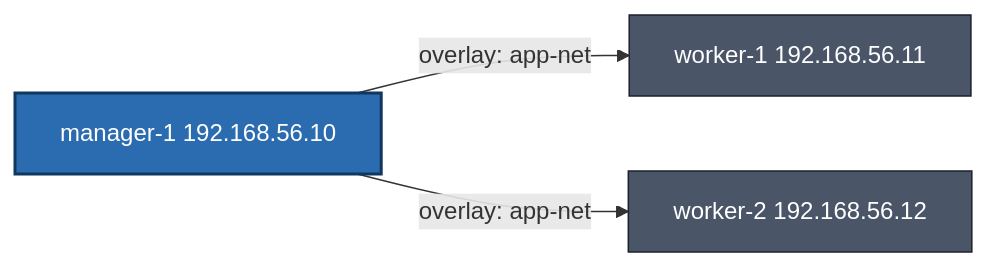
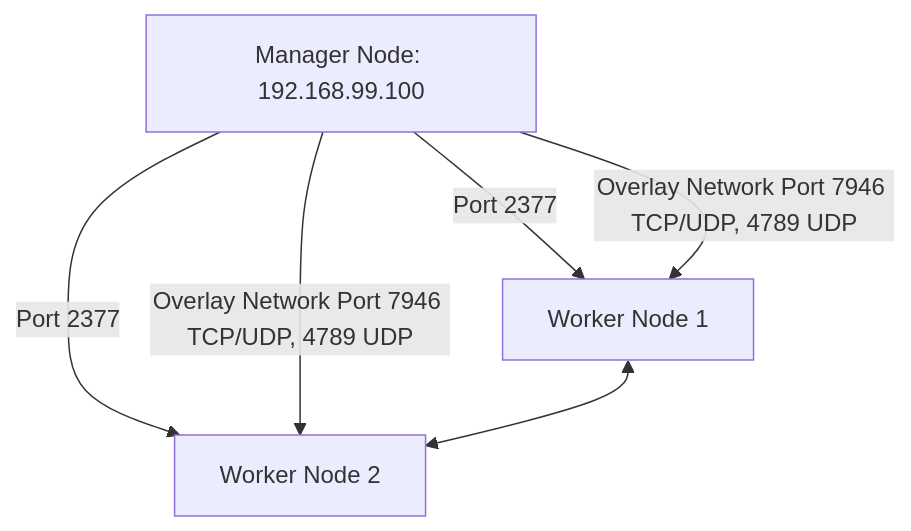
One commit to sajadtaj/Docker-Swarm-Vagrant changed the third of 11 diagrams in README.md. Above: the diagram before and after it, drawn with Mermaid. The commit also changed other lines of this file and 2 other files, not shown here.

````diff
--- a/README.md
+++ b/README.md
@@ -16,8 +391,13 @@
 ```mermaid
-graph LR
-  A[manager-1 192.168.56.10]:::mgr -->|overlay: app-net| B[worker-1 192.168.56.11]:::wrk
-  A -->|overlay: app-net| C[worker-2 192.168.56.12]:::wrk
-
-classDef mgr fill:#2b6cb0,color:#fff,stroke:#11365f,stroke-width:2px;
-classDef wrk fill:#4a5568,color:#fff,stroke:#1a202c,stroke-width:1px;
+graph TD
+    A[Manager Node: 192.168.99.100] -->|Port 2377| B[Worker Node 1]
+    A -->|Port 2377| C[Worker Node 2]
+    A -->|Overlay Network Port 7946 TCP/UDP, 4789 UDP| B
+    A -->|Overlay Network Port 7946 TCP/UDP, 4789 UDP| C
+    B <--> C
+    %% classDef manager fill=#4DB6AC,stroke=#00695C,color=white;
+    %% classDef worker fill=#81C784,stroke=#1B5E20,color=white;
+    class A manager;
+    class B worker;
+    class C worker;
 ```
````
